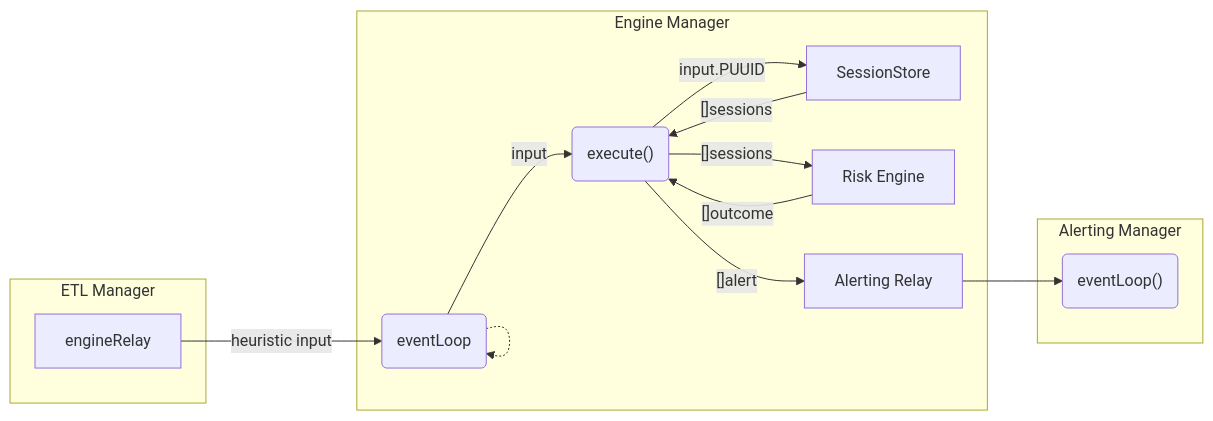
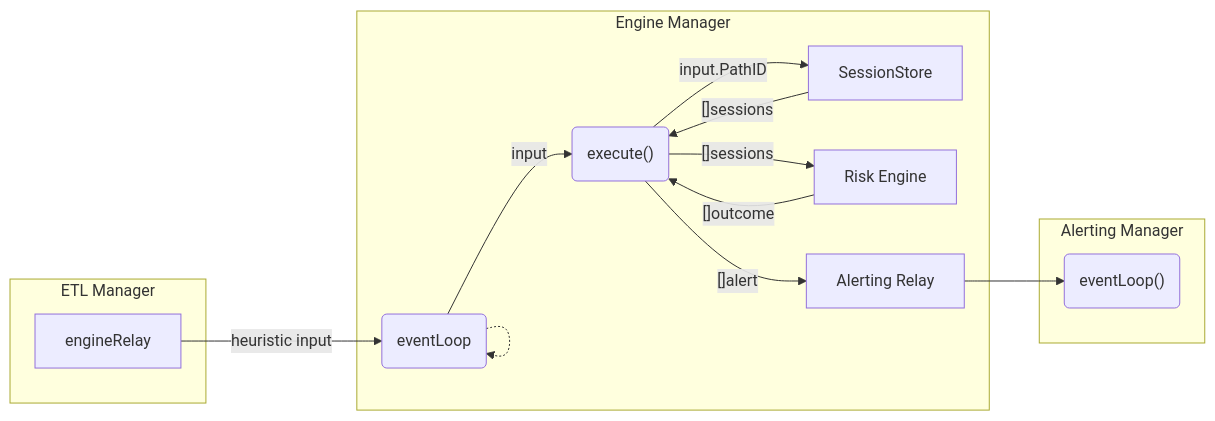
One commit to base-org/pessimism changed the diagram in docs/architecture/engine.markdown. Above: the diagram before and after it, drawn with Mermaid. The commit also changed other lines of this file and 146 other files, not shown here.

```diff
--- a/docs/architecture/engine.markdown
+++ b/docs/architecture/engine.markdown
@@ -20,20 +20,20 @@
 <div class="mermaid">
 graph LR;
     subgraph A["Engine Manager"]
         C(eventLoop) -.->  C;
         C --> |input|D("execute()")
-        D --> |input.PUUID|E[SessionStore]
+        D --> |input.PathID|E[SessionStore]
         E --> |"[]sessions"|D
         D --> |"[]sessions"|F[Risk Engine]
         F --> |"[]outcome"|D
         D --> |"[]alert"|G[Alerting Relay]
     end
 
     subgraph AA["ETL Manager"]
         Z["engineRelay"] --> |"heuristic input"|C
     end
 
     subgraph AAA["Alerting Manager"]
         G --> FF("eventLoop()")
     end
 </div>
```
